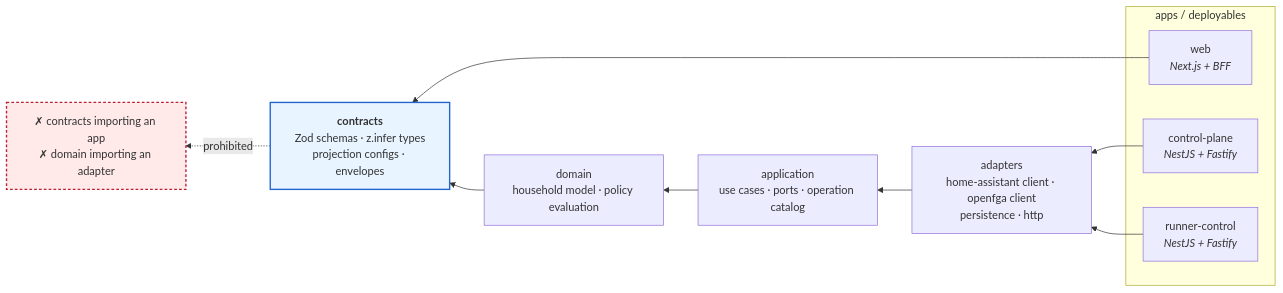
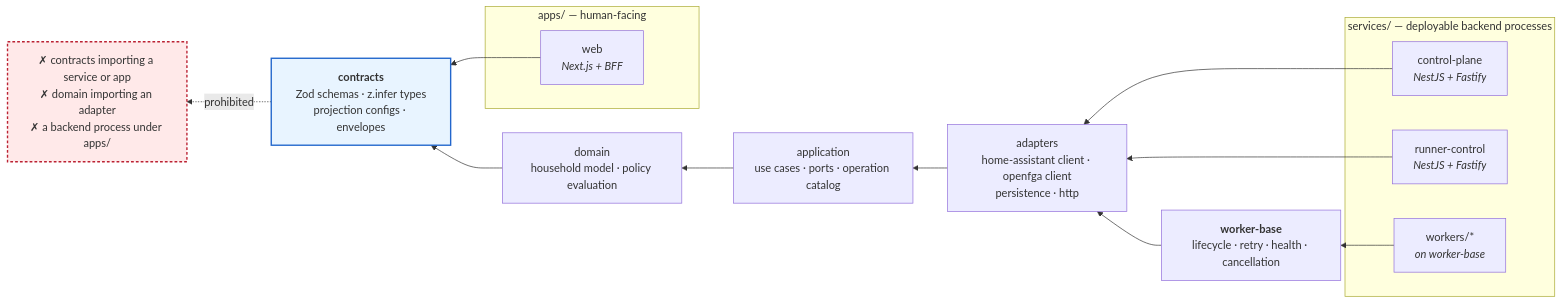
The first of 2 diagrams in docs/decisions/ADR-0012-adopt-typescript-nestjs-pnpm-implementation-stack.md (pulse-ops-ai/secure-home-agent-platform), drawn with Mermaid before and after one commit. The commit also changed other lines of this file and 3 other files, not shown here.

First line of the commit message:
docs(decisions): lock repository taxonomy, worker-base, dependency governance, CI model

````diff
--- a/docs/decisions/ADR-0012-adopt-typescript-nestjs-pnpm-implementation-stack.md
+++ b/docs/decisions/ADR-0012-adopt-typescript-nestjs-pnpm-implementation-stack.md
@@ -312,28 +484,35 @@
 ```mermaid
 flowchart RL
-    subgraph APPS["apps / deployables"]
+    subgraph SVC["services/ — deployable backend processes"]
         CP["control-plane<br/><i>NestJS + Fastify</i>"]
         RC["runner-control<br/><i>NestJS + Fastify</i>"]
+        WRK["workers/*<br/><i>on worker-base</i>"]
+    end
+
+    subgraph APPS["apps/ — human-facing"]
         WEB["web<br/><i>Next.js + BFF</i>"]
     end
 
+    WB["<b>worker-base</b><br/>lifecycle · retry · health · cancellation"]
     ADAPT["adapters<br/>home-assistant client · openfga client<br/>persistence · http"]
     APP["application<br/>use cases · ports · operation catalog"]
     DOMAIN["domain<br/>household model · policy evaluation"]
     CONTRACTS["<b>contracts</b><br/>Zod schemas · z.infer types<br/>projection configs · envelopes"]
 
     CP --> ADAPT
     RC --> ADAPT
+    WRK --> WB
+    WB --> ADAPT
     WEB --> CONTRACTS
     ADAPT --> APP
     APP --> DOMAIN
     DOMAIN --> CONTRACTS
 
-    X["✗ contracts importing an app<br/>✗ domain importing an adapter"]
+    X["✗ contracts importing a service or app<br/>✗ domain importing an adapter<br/>✗ a backend process under apps/"]
     CONTRACTS -.->|prohibited| X
 
     classDef core fill:#e8f4ff,stroke:#26c,stroke-width:2px
     classDef bad fill:#ffe9e9,stroke:#b23,stroke-width:2px,stroke-dasharray:4 3
     class CONTRACTS core
     class X bad
 ```
````
